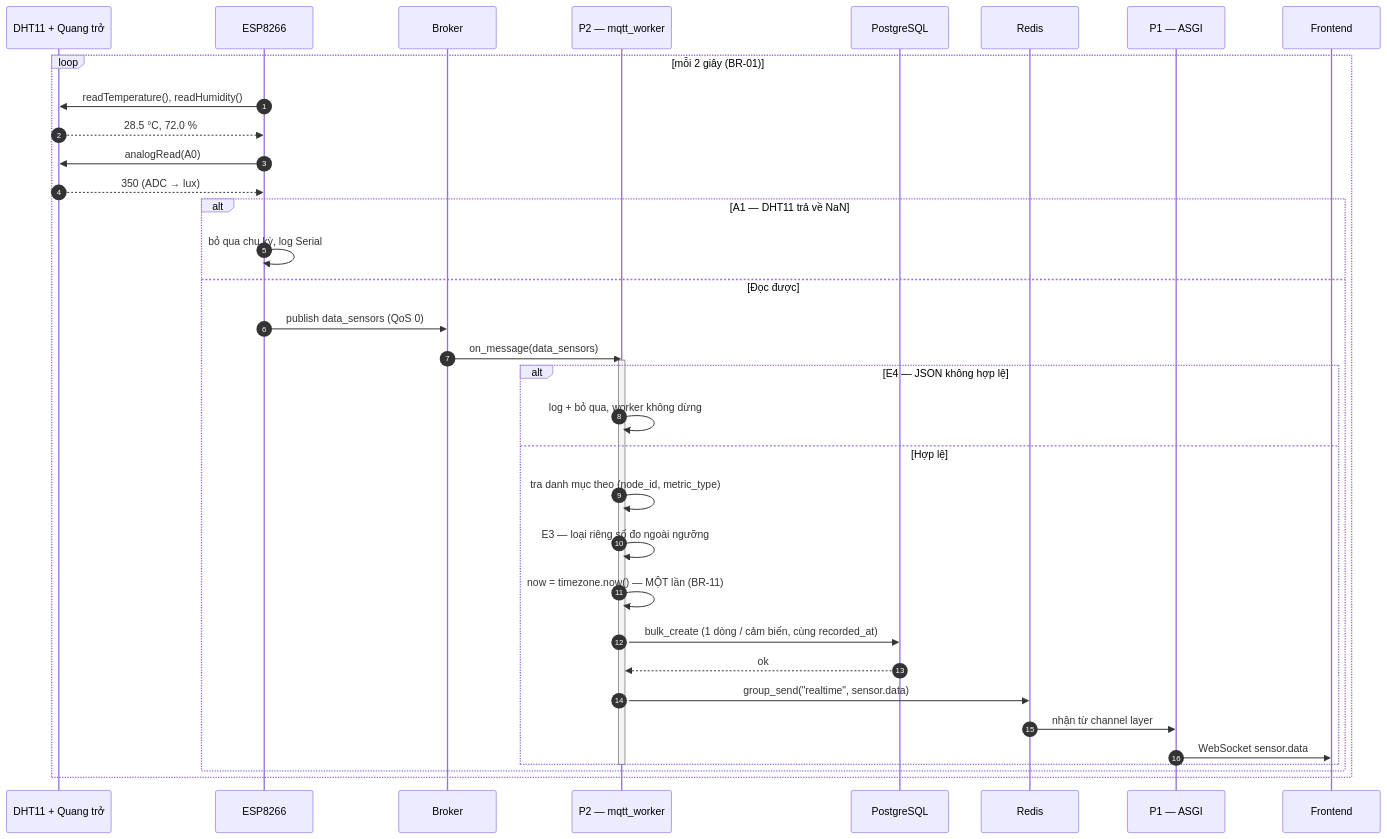
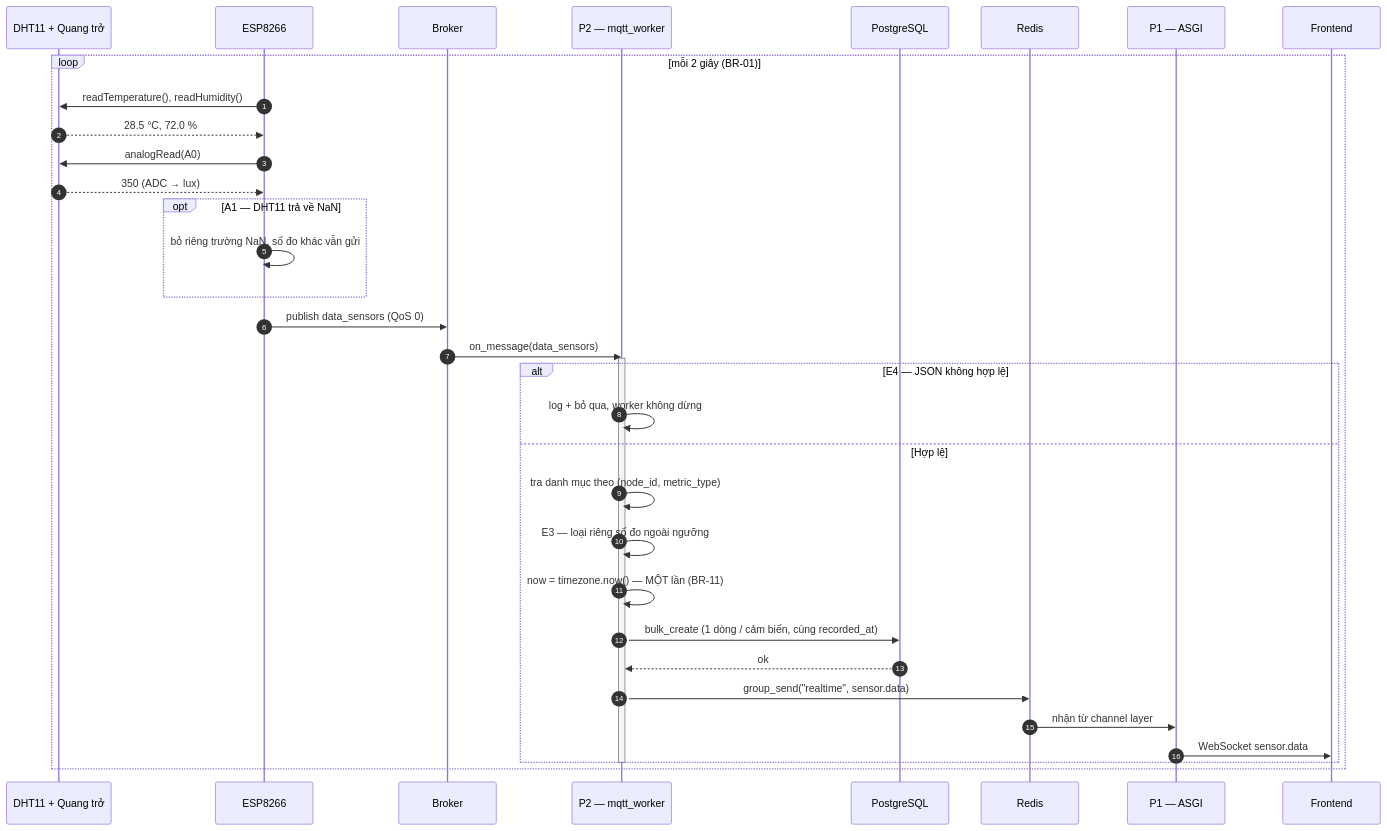
Before and after one commit to B23DCAT011/IOT: the seventh of 13 diagrams in docs/03-Sequence.md, drawn with Mermaid. The commit also changed other lines of this file and 13 other files, not shown here.

````diff
--- a/docs/03-Sequence.md
+++ b/docs/03-Sequence.md
@@ -465,39 +465,38 @@
 ```mermaid
 sequenceDiagram
     autonumber
     participant SEN as DHT11 + Quang trở
     participant HW as ESP8266
     participant MQ as Broker
     participant P2 as P2 — mqtt_worker
     participant DB as PostgreSQL
     participant RD as Redis
     participant P1 as P1 — ASGI
     participant FE as Frontend
 
     loop mỗi 2 giây (BR-01)
         HW->>SEN: readTemperature(), readHumidity()
         SEN-->>HW: 28.5 °C, 72.0 %
         HW->>SEN: analogRead(A0)
         SEN-->>HW: 350 (ADC → lux)
-        alt A1 — DHT11 trả về NaN
-            HW->>HW: bỏ qua chu kỳ, log Serial
-        else Đọc được
+        opt A1 — DHT11 trả về NaN
+            HW->>HW: bỏ riêng trường NaN, số đo khác vẫn gửi
+        end
             HW->>MQ: publish data_sensors (QoS 0)
             MQ->>P2: on_message(data_sensors)
             activate P2
             alt E4 — JSON không hợp lệ
                 P2->>P2: log + bỏ qua, worker không dừng
             else Hợp lệ
                 P2->>P2: tra danh mục theo (node_id, metric_type)
                 P2->>P2: E3 — loại riêng số đo ngoài ngưỡng
                 P2->>P2: now = timezone.now() — MỘT lần (BR-11)
                 P2->>DB: bulk_create (1 dòng / cảm biến, cùng recorded_at)
                 DB-->>P2: ok
                 P2->>RD: group_send("realtime", sensor.data)
                 RD->>P1: nhận từ channel layer
                 P1->>FE: WebSocket sensor.data
             end
             deactivate P2
-        end
     end
 ```
````
